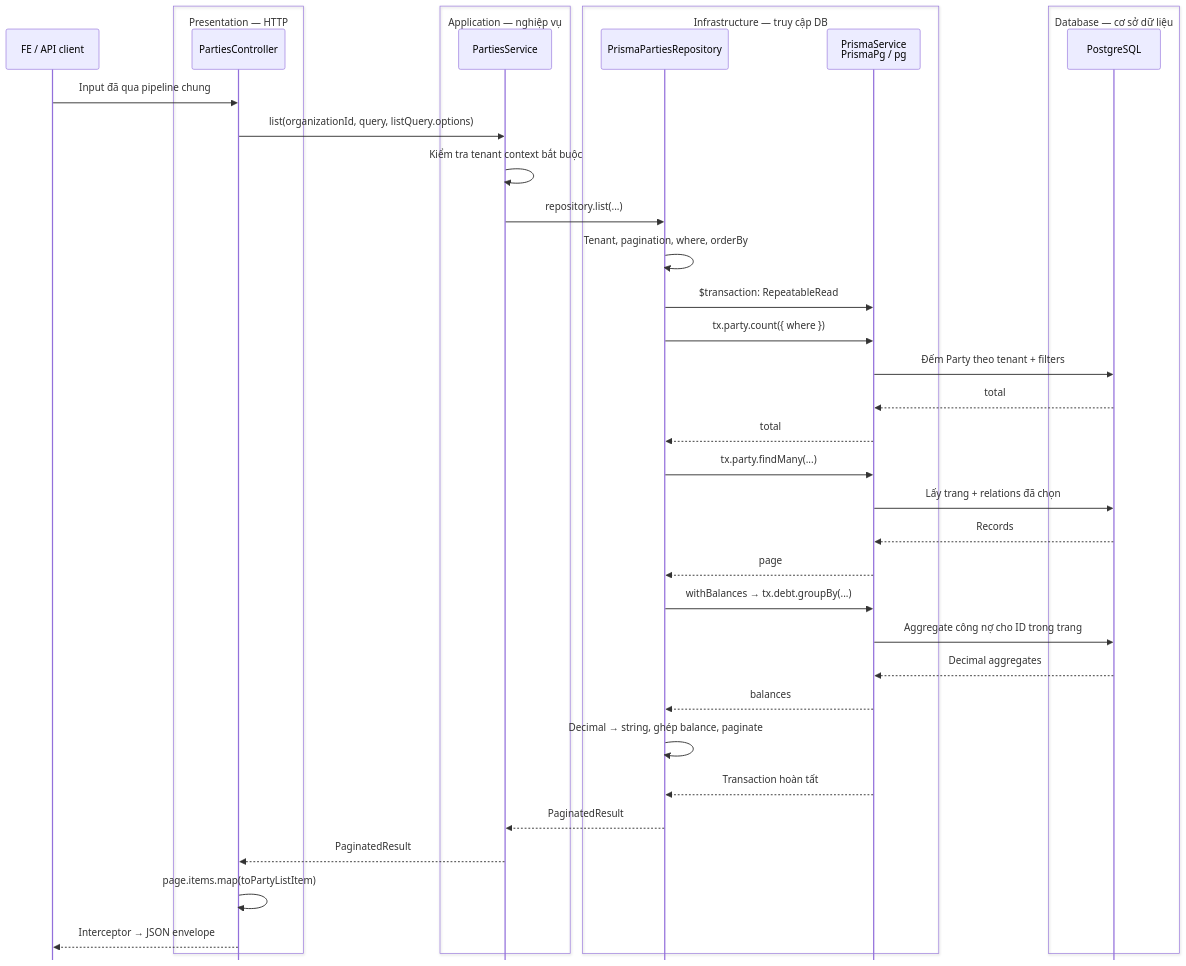
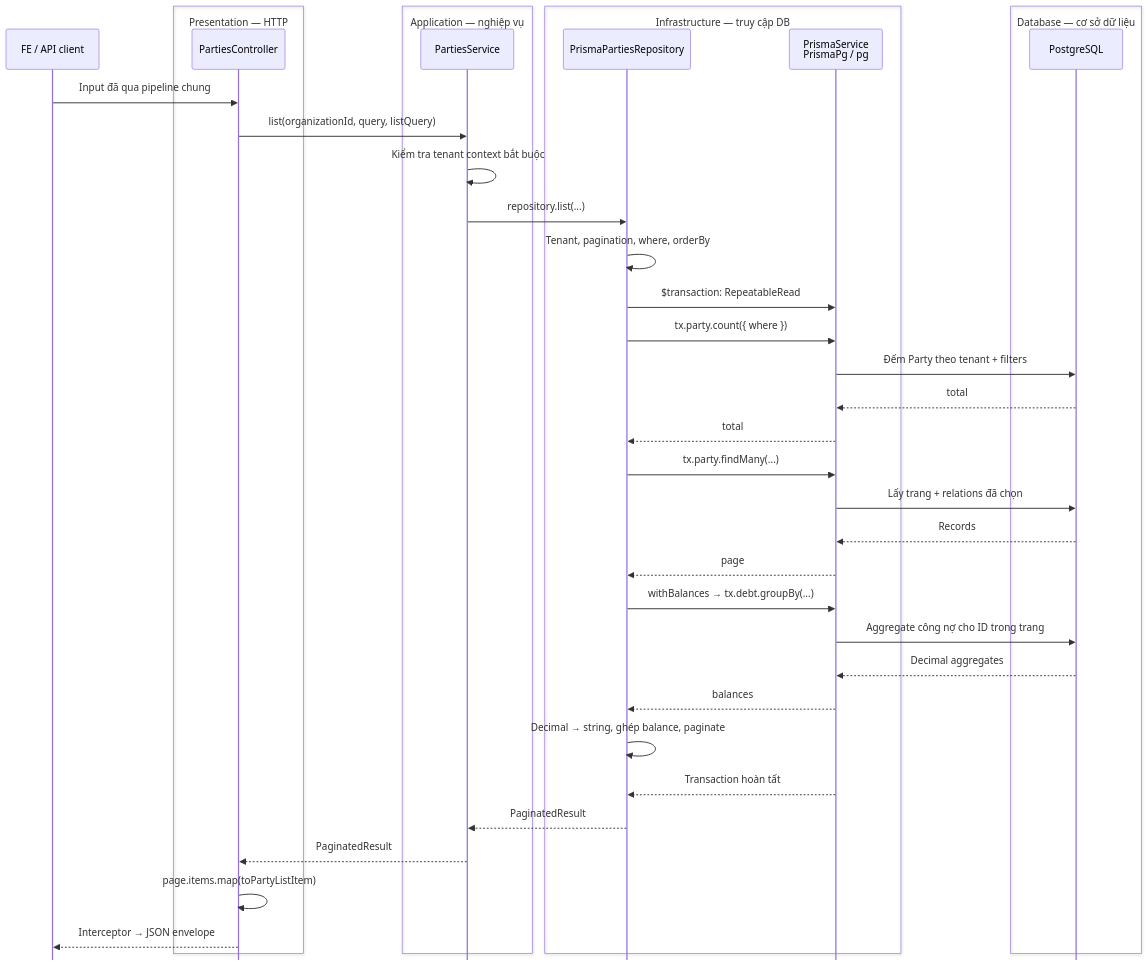
One commit to PhuongT1/debtflow-api changed the second of 4 diagrams in docs/getting-started/architecture/party-architecture.md. Above: the diagram before and after it, drawn with Mermaid. The commit also changed other lines of this file and 248 other files, not shown here.

````diff
--- a/docs/getting-started/architecture/party-architecture.md
+++ b/docs/getting-started/architecture/party-architecture.md
@@ -70,52 +68,52 @@
 ```mermaid
 ---
 config:
   sequence:
     mirrorActors: false
     height: 65
     boxTextMargin: 10
   themeCSS: |
     /* Frame only the layer heading and participant names, not their lifelines. */
     .rect[fill="transparent"] { height: 110px; rx: 6px; stroke: #8b83a7 !important; stroke-width: 1px; }
     .rect[fill="transparent"] + .text { font-weight: 700 !important; }
 ---
 sequenceDiagram
   participant FE as FE / API client
   box transparent Presentation — HTTP
     participant C as PartiesController
   end
   box transparent Application — nghiệp vụ
     participant S as PartiesService
   end
   box transparent Infrastructure — truy cập DB
     participant R as PrismaPartiesRepository
     participant P as PrismaService<br/>PrismaPg / pg
   end
   box transparent Database — cơ sở dữ liệu
     participant DB as PostgreSQL
   end
   FE->>C: Input đã qua pipeline chung
-  C->>S: list(organizationId, query, listQuery.options)
+  C->>S: list(organizationId, query, listQuery)
   S->>S: Kiểm tra tenant context bắt buộc
   S->>R: repository.list(...)
   R->>R: Tenant, pagination, where, orderBy
   R->>P: $transaction: RepeatableRead
   R->>P: tx.party.count({ where })
   P->>DB: Đếm Party theo tenant + filters
   DB-->>P: total
   P-->>R: total
   R->>P: tx.party.findMany(...)
   P->>DB: Lấy trang + relations đã chọn
   DB-->>P: Records
   P-->>R: page
   R->>P: withBalances → tx.debt.groupBy(...)
   P->>DB: Aggregate công nợ cho ID trong trang
   DB-->>P: Decimal aggregates
   P-->>R: balances
   R->>R: Decimal → string, ghép balance, paginate
   P-->>R: Transaction hoàn tất
   R-->>S: PaginatedResult
   S-->>C: PaginatedResult
   C->>C: page.items.map(toPartyListItem)
   C-->>FE: Interceptor → JSON envelope
 ```
````
